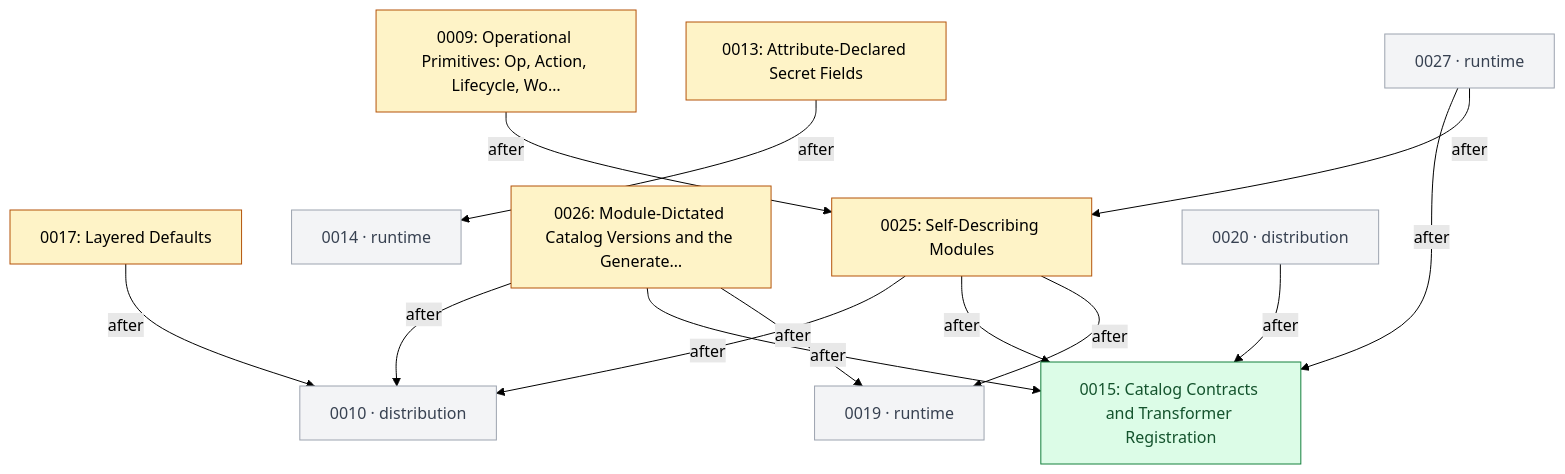
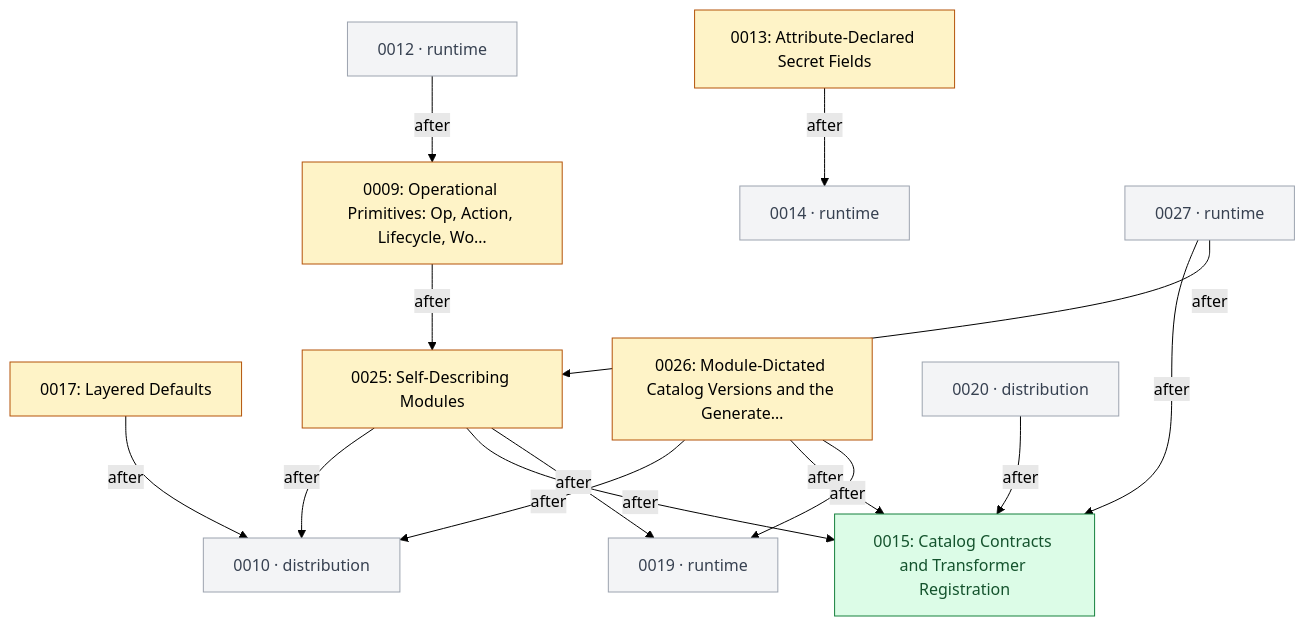
One commit to open-platform-model/enhancements changed the second of 6 diagrams in GRAPH.md. Above: the diagram before and after it, drawn with Mermaid (forest theme). The commit also changed other lines of this file and 1 other file, not shown here.

Commit message:
chore: regenerate INDEX.md and GRAPH.md after the seeds and the first conversions

````diff
--- a/GRAPH.md
+++ b/GRAPH.md
@@ -47,36 +47,38 @@
 ```mermaid
 graph TD
   classDef draft       fill:#fef3c7,stroke:#b45309,color:#000
   classDef accepted    fill:#dbeafe,stroke:#1d4ed8,color:#000
   classDef rejected    fill:#fee2e2,stroke:#b91c1c,color:#7f1d1d,stroke-dasharray:4 2
   classDef withdrawn   fill:#fef2f2,stroke:#b91c1c,color:#7f1d1d,stroke-dasharray:1 3
   classDef superseded  fill:#e5e7eb,stroke:#6b7280,color:#6b7280
   classDef delivered   fill:#dcfce7,stroke:#15803d,color:#14532d
   classDef stub        fill:#f3f4f6,stroke:#9ca3af,color:#374151
   classDef category    fill:#ede9fe,stroke:#6d28d9,color:#000
 
   N0009["0009: Operational Primitives: Op, Action, Lifecycle, Wo…"]:::draft
   N0013["0013: Attribute-Declared Secret Fields"]:::draft
   N0015["0015: Catalog Contracts and Transformer Registration"]:::delivered
   N0017["0017: Layered Defaults"]:::draft
   N0025["0025: Self-Describing Modules"]:::draft
   N0026["0026: Module-Dictated Catalog Versions and the Generate…"]:::draft
   N0010["0010 · distribution"]:::stub
+  N0012["0012 · runtime"]:::stub
   N0014["0014 · runtime"]:::stub
   N0019["0019 · runtime"]:::stub
   N0020["0020 · distribution"]:::stub
   N0027["0027 · runtime"]:::stub
 
   N0009 -->|after| N0025
+  N0012 -->|after| N0009
   N0013 -->|after| N0014
   N0017 -->|after| N0010
   N0020 -->|after| N0015
   N0025 -->|after| N0010
   N0025 -->|after| N0015
   N0025 -->|after| N0019
   N0026 -->|after| N0010
   N0026 -->|after| N0015
   N0026 -->|after| N0019
   N0027 -->|after| N0015
   N0027 -->|after| N0025
 ```
````
